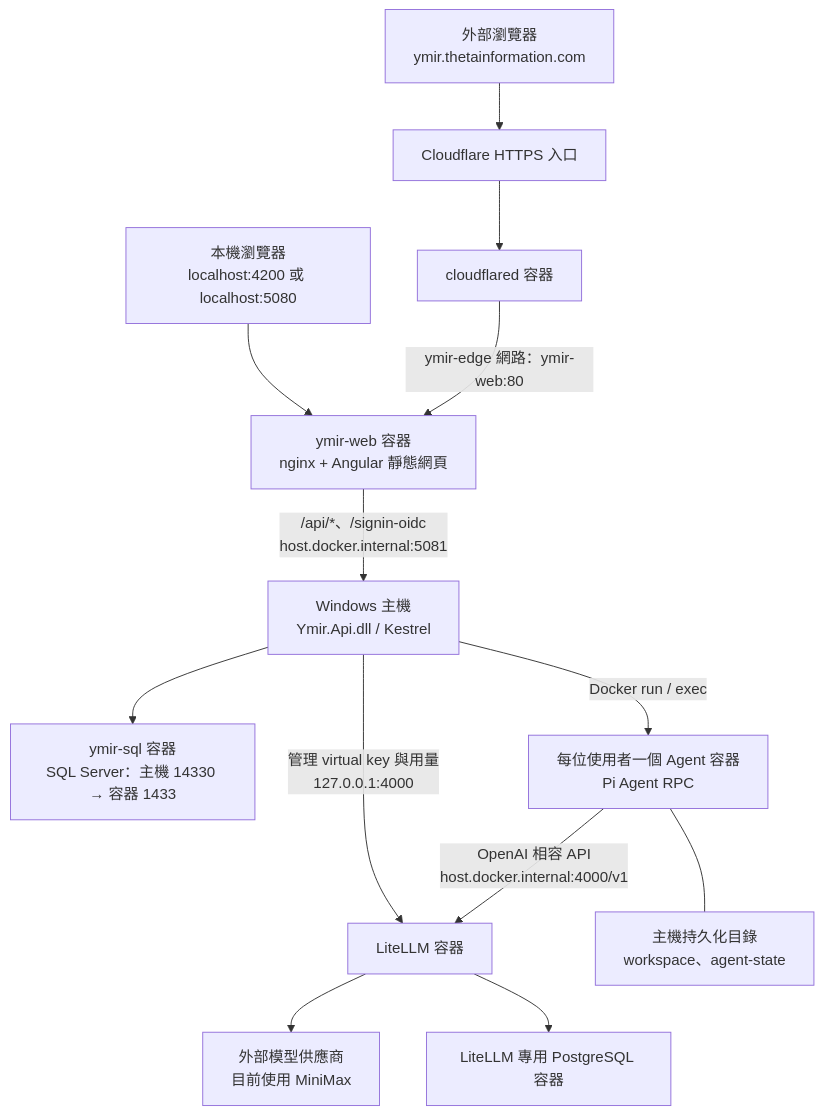
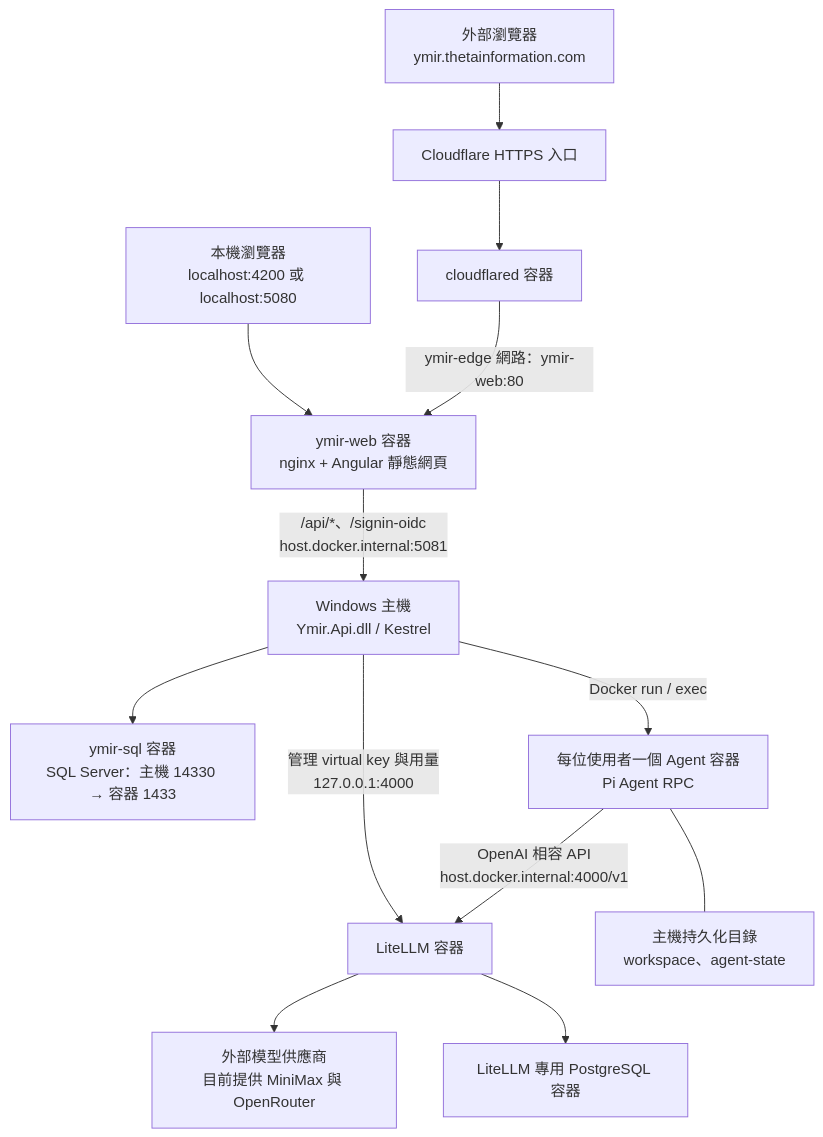
The first of 2 diagrams in README.md (puremars2015/Ymir), drawn with Mermaid before and after one commit. The commit also changed other lines of this file and 66 other files, not shown here.

Commit message:
# update 點輸入框旁的滑桿圖示，開啟「選擇模型」與「思考深度」。 深度提供：自動、輕量、標準、深入；未支援的模型會顯示說明。 保留模型名稱與輸入能力圖示，支援手機和鍵盤操作。 勾選使用者可用的模型。 指定預設模型。 儲存設定或還原部署設定。 選單只顯示模型名稱，移除 (OpenRouter)。 用 OpenRouter 風格的「T」與圖片圖示標示输入能力。 目前選擇與選單各列都顯示圖示，保留鍵盤操作及選擇記憶。

````diff
--- a/README.md
+++ b/README.md
@@ -11,15 +11,15 @@
 ```mermaid
 flowchart TD
     Local["本機瀏覽器<br/>localhost:4200 或 localhost:5080"] --> Web
     Public["外部瀏覽器<br/>ymir.thetainformation.com"] --> Cloudflare["Cloudflare HTTPS 入口"]
     Cloudflare --> Tunnel["cloudflared 容器"]
     Tunnel -->|"ymir-edge 網路：ymir-web:80"| Web["ymir-web 容器<br/>nginx + Angular 靜態網頁"]
     Web -->|"/api/*、/signin-oidc<br/>host.docker.internal:5081"| API["Windows 主機<br/>Ymir.Api.dll / Kestrel"]
     API --> SQL["ymir-sql 容器<br/>SQL Server：主機 14330 → 容器 1433"]
     API -->|"Docker run / exec"| Agent["每位使用者一個 Agent 容器<br/>Pi Agent RPC"]
     API -->|"管理 virtual key 與用量<br/>127.0.0.1:4000"| LiteLLM["LiteLLM 容器"]
     Agent -->|"OpenAI 相容 API<br/>host.docker.internal:4000/v1"| LiteLLM
-    LiteLLM --> Model["外部模型供應商<br/>目前使用 MiniMax"]
+    LiteLLM --> Model["外部模型供應商<br/>目前提供 MiniMax 與 OpenRouter"]
     LiteLLM --> PG["LiteLLM 專用 PostgreSQL 容器"]
     Agent --- Files["主機持久化目錄<br/>workspace、agent-state"]
 ```
````
